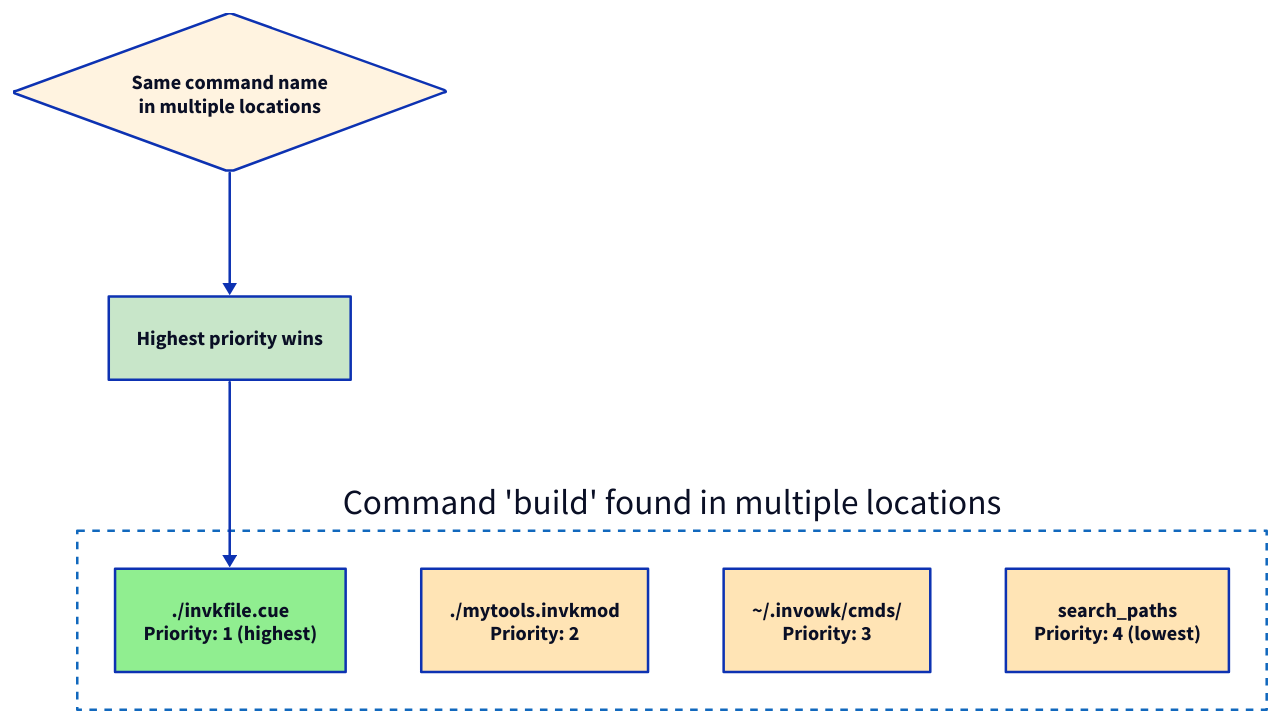
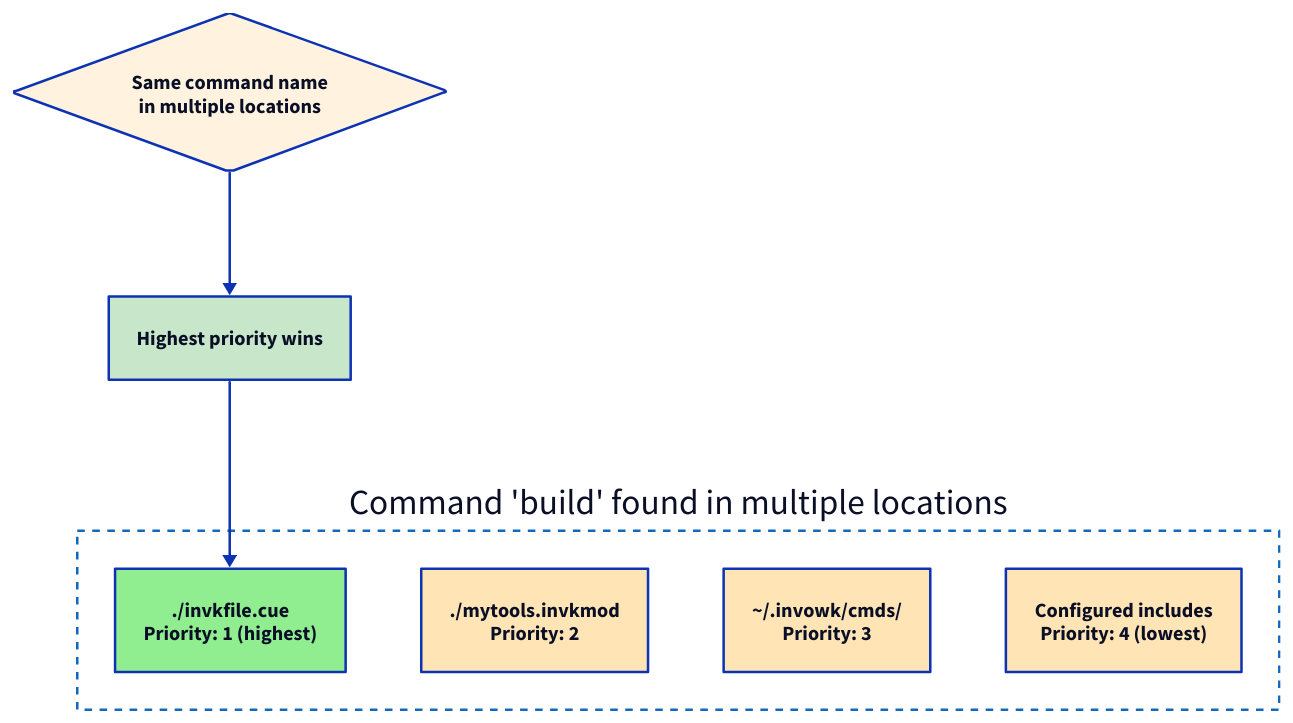
The diagram in docs/diagrams/flowcharts/discovery-conflict.d2 (invowk/invowk), drawn with D2 before and after one commit. The commit also changed 39 other files, not shown here. The source asks for the TALA layout; these drawings use dagre instead.

First line of the commit message:
refactor(config): unify search_paths and module_aliases into includes

```diff
--- a/docs/diagrams/flowcharts/discovery-conflict.d2
+++ b/docs/diagrams/flowcharts/discovery-conflict.d2
@@ -1,59 +1,59 @@
 # Discovery Conflict Resolution Flowchart
 #
 # Shows how Invowk resolves conflicts when the same command
 # name exists in multiple discovery locations.
 # Key principle: Highest priority wins.
 #
 # Source: docs/architecture/flowchart-discovery.md
 
 vars: {
   d2-config: {
     layout-engine: tala
   }
 }
 
 direction: down
 
 # ==============================================================================
 # Command Found in Multiple Locations
 # ==============================================================================
 
 locations: Command 'build' found in multiple locations {
   style: {
     stroke: "#1168BD"
     stroke-dash: 3
     fill: transparent
   }
 
   L1: ./invkfile.cue\nPriority: 1 (highest) {
     style.fill: "#90EE90"
   }
 
   L2: ./mytools.invkmod\nPriority: 2 {
     style.fill: "#FFE4B5"
   }
 
   L3: ~/.invowk/cmds/\nPriority: 3 {
     style.fill: "#FFE4B5"
   }
 
-  L4: search_paths\nPriority: 4 (lowest) {
+  L4: Configured includes\nPriority: 4 (lowest) {
     style.fill: "#FFE4B5"
   }
 }
 
 # ==============================================================================
 # Resolution
 # ==============================================================================
 
 Conflict: Same command name\nin multiple locations {
   shape: diamond
   style.fill: "#FFF3E0"
 }
 
 Winner: Highest priority wins {
   style.fill: "#C8E6C9"
 }
 
 Conflict -> Winner
 Winner -> locations.L1
```
